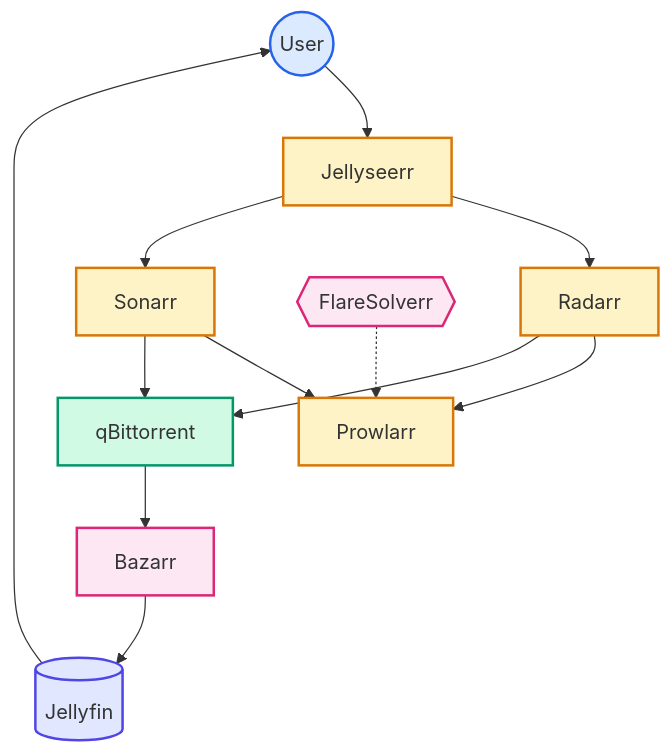
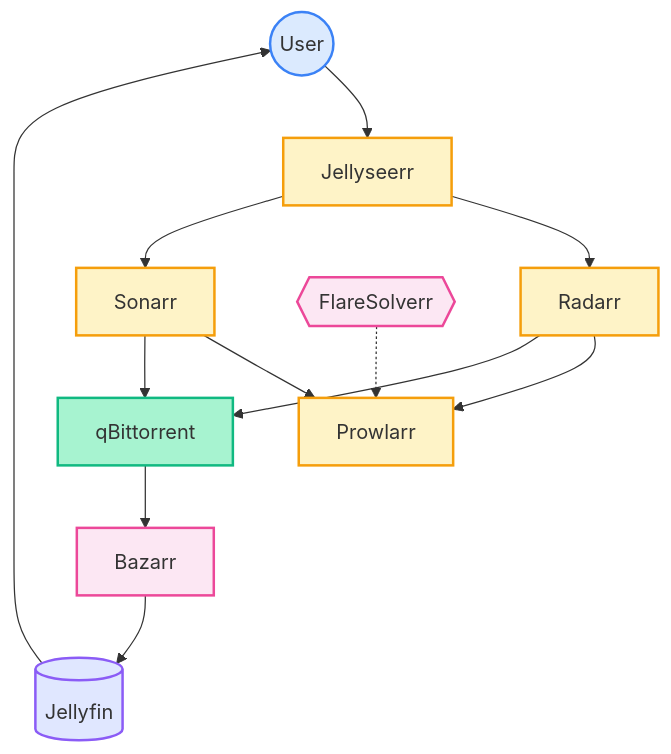
The second of 4 diagrams in docs-site/src/content/docs/guides/introduction.mdx (Mykyta-Home-Server/homeserver), drawn with Mermaid before and after one commit. The commit also changed other lines of this file and 2 other files, not shown here.

First paragraph of the commit message:
Fix Mermaid diagrams: broken shapes and consistent color palette
Fixed critical rendering issues and applied consistent pastel color palette across all diagrams.

````diff
--- a/docs-site/src/content/docs/guides/introduction.mdx
+++ b/docs-site/src/content/docs/guides/introduction.mdx
@@ -69,35 +69,35 @@
 ```mermaid
 flowchart TB
     User@{ shape: circle, label: "User" }
     Jellyseerr@{ shape: rect, label: "Jellyseerr" }
     Radarr@{ shape: rect, label: "Radarr" }
 
     Sonarr@{ shape: rect, label: "Sonarr" }
     Prowlarr@{ shape: rect, label: "Prowlarr" }
     qBit@{ shape: rect, label: "qBittorrent" }
 
     Flare@{ shape: hex, label: "FlareSolverr" }
     Bazarr@{ shape: rect, label: "Bazarr" }
     Jellyfin@{ shape: cyl, label: "Jellyfin" }
 
     User --> Jellyseerr
     Jellyseerr --> Radarr & Sonarr
     Radarr & Sonarr --> Prowlarr
     Radarr & Sonarr --> qBit
     Flare -.-> Prowlarr
     qBit --> Bazarr
     Bazarr --> Jellyfin
     Jellyfin --> User
 
-    classDef userStyle fill:#dbeafe,stroke:#2563eb,stroke-width:2px
-    classDef processStyle fill:#fef3c7,stroke:#d97706,stroke-width:2px
-    classDef downloadStyle fill:#d1fae5,stroke:#059669,stroke-width:2px
-    classDef subtitleStyle fill:#fce7f3,stroke:#db2777,stroke-width:2px
-    classDef streamStyle fill:#e0e7ff,stroke:#4f46e5,stroke-width:2px
+    classDef userStyle fill:#dbeafe,stroke:#3b82f6,stroke-width:2px
+    classDef processStyle fill:#fef3c7,stroke:#f59e0b,stroke-width:2px
+    classDef downloadStyle fill:#a7f3d0,stroke:#10b981,stroke-width:2px
+    classDef subtitleStyle fill:#fce7f3,stroke:#ec4899,stroke-width:2px
+    classDef streamStyle fill:#e0e7ff,stroke:#8b5cf6,stroke-width:2px
 
     class User userStyle
     class Jellyseerr,Radarr,Sonarr,Prowlarr processStyle
     class qBit downloadStyle
     class Bazarr,Flare subtitleStyle
     class Jellyfin streamStyle
 ```
````
